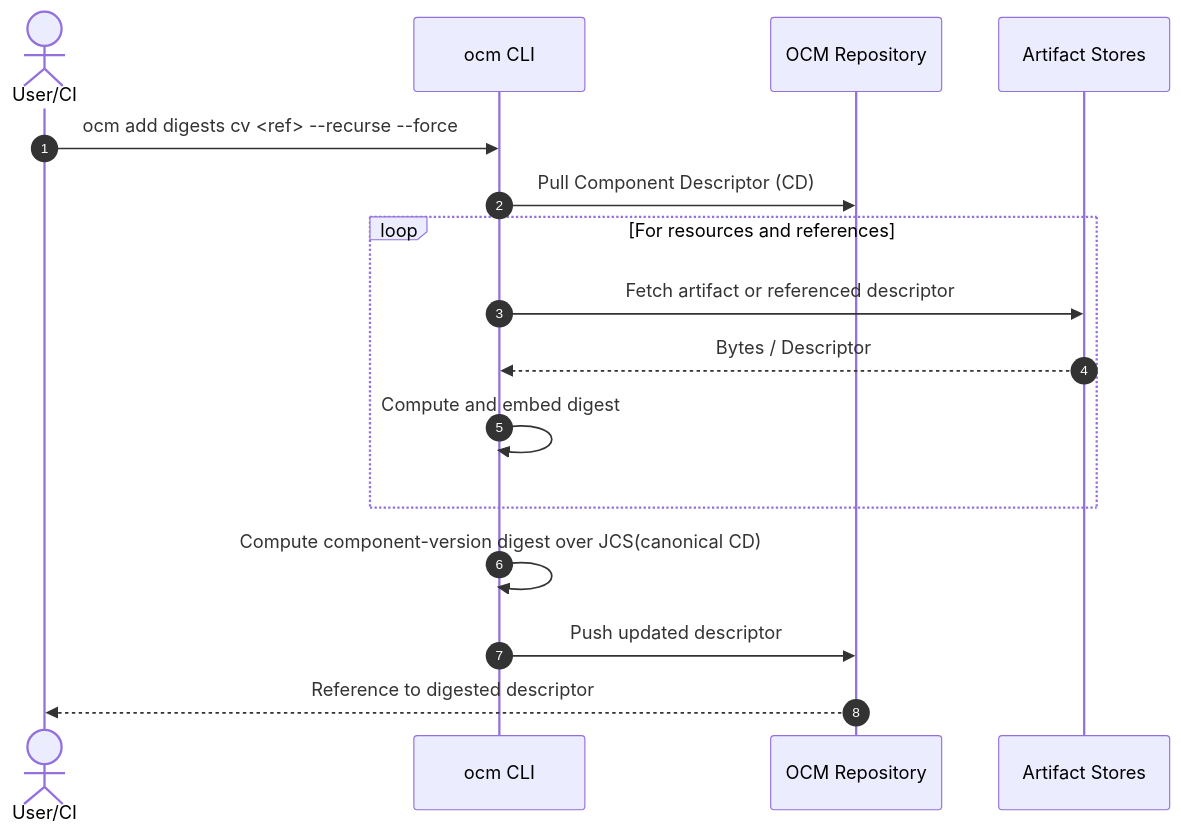
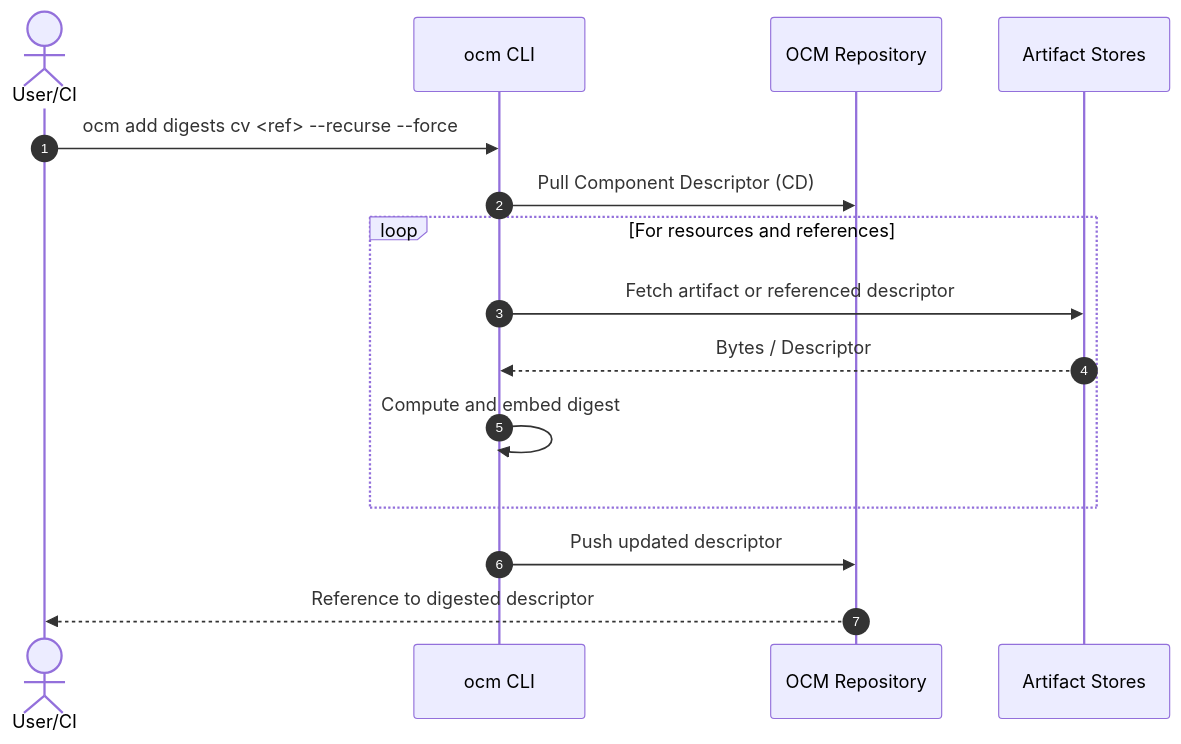
Before and after one commit to open-component-model/open-component-model: the first of 2 diagrams in docs/adr/0008_signing_verification.md, drawn with Mermaid. The commit also changed other lines of this file, not shown here.

````diff
--- a/docs/adr/0008_signing_verification.md
+++ b/docs/adr/0008_signing_verification.md
@@ -131,19 +131,18 @@
 ```mermaid
 sequenceDiagram
   autonumber
   actor U as User/CI
   participant C as ocm CLI
   participant R as OCM Repository
   participant A as Artifact Stores
 
   U->>C: ocm add digests cv <ref> --recurse --force
   C->>R: Pull Component Descriptor (CD)
   loop For resources and references
     C->>A: Fetch artifact or referenced descriptor
     A-->>C: Bytes / Descriptor
     C->>C: Compute and embed digest
   end
-  C->>C: Compute component-version digest over JCS(canonical CD)
   C->>R: Push updated descriptor
   R-->>U: Reference to digested descriptor
 ```
````
